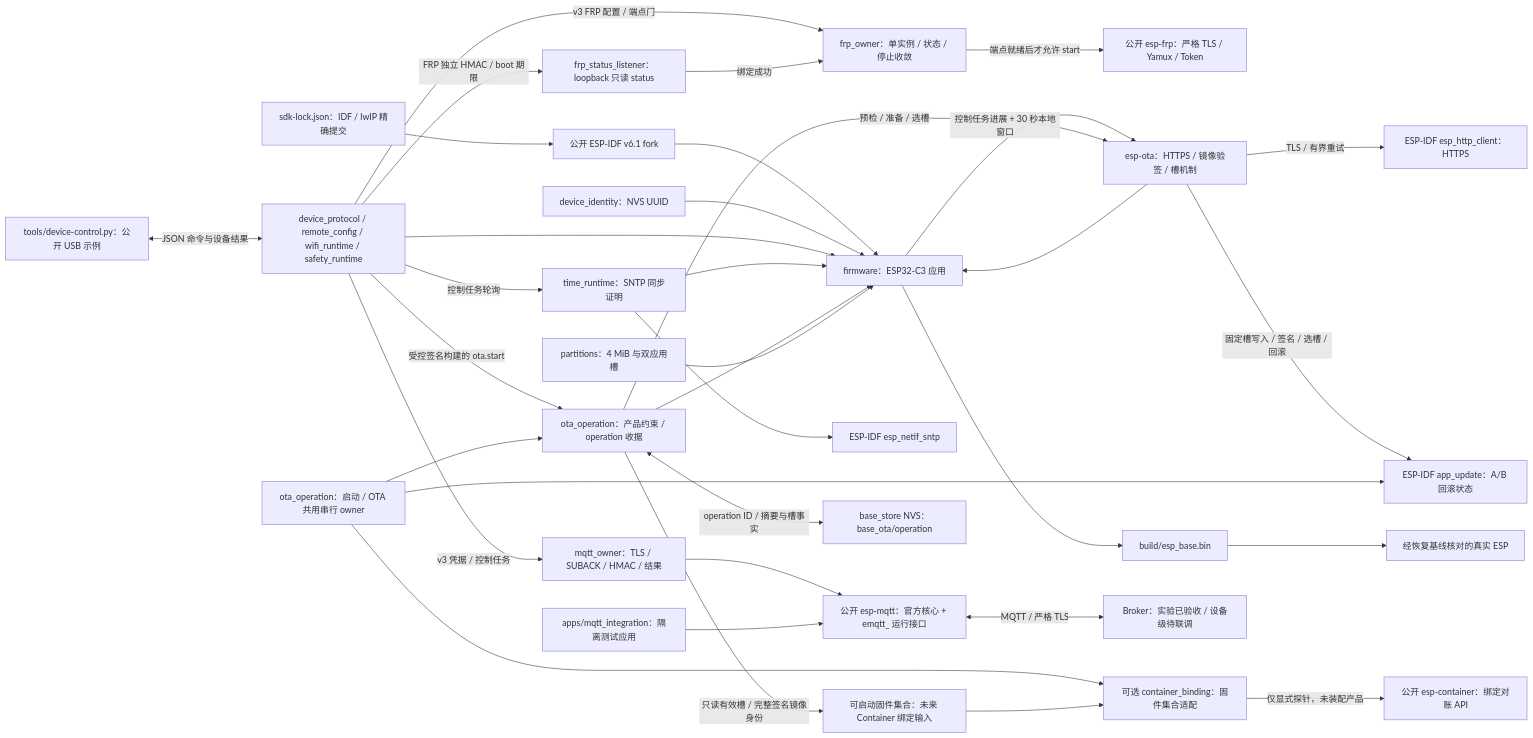
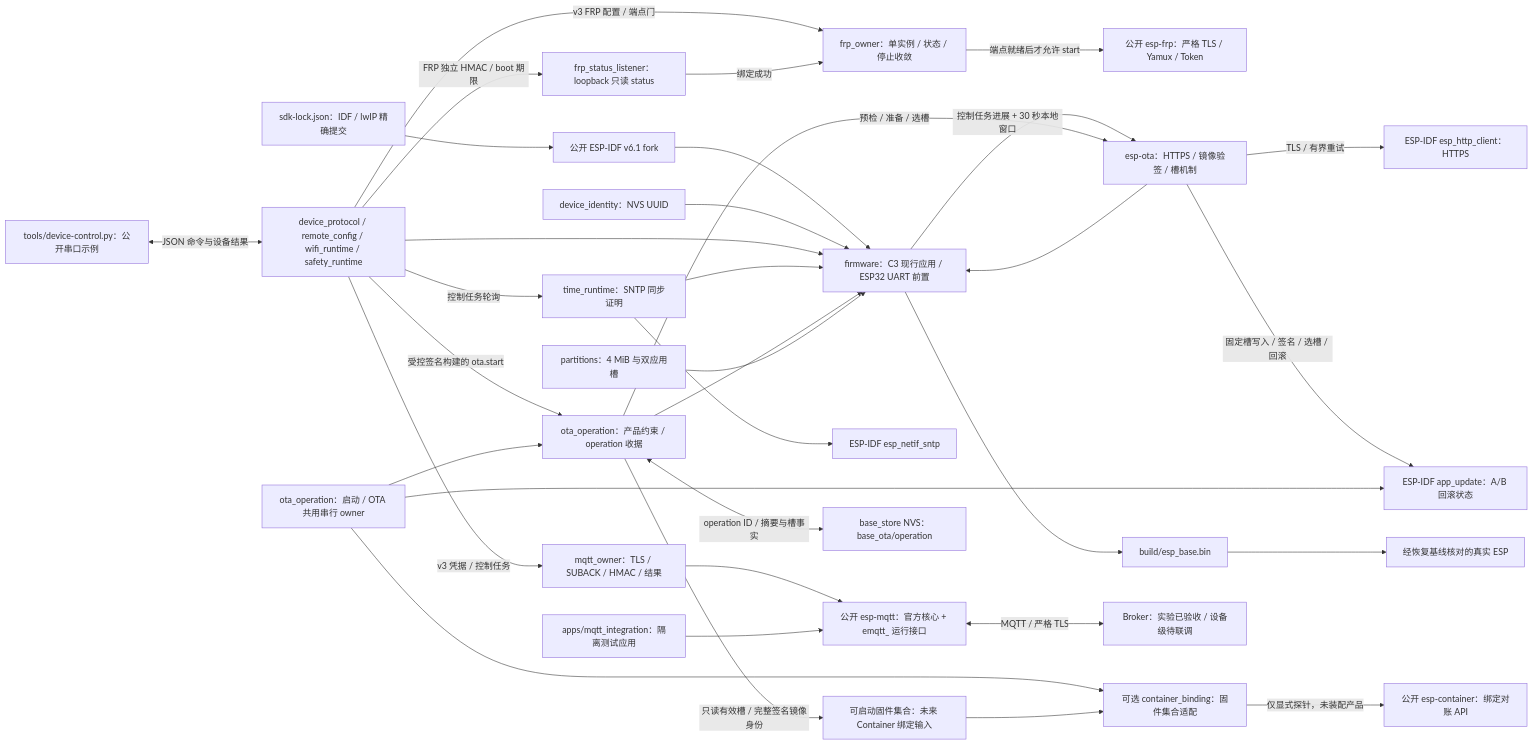
Before and after one commit to darren-you/esp-base: the diagram in README.md, drawn with Mermaid. The commit also changed other lines of this file and 18 other files, not shown here.

````diff
--- a/README.md
+++ b/README.md
@@ -7,36 +7,36 @@
 ```mermaid
 flowchart LR
     sdk_lock["sdk-lock.json：IDF / lwIP 精确提交"] --> sdk["公开 ESP-IDF v6.1 fork"]
-    sdk --> firmware["firmware：ESP32-C3 应用"]
+    sdk --> firmware["firmware：C3 现行应用 / ESP32 UART 前置"]
     identity["device_identity：NVS UUID"] --> firmware
     state["device_protocol / remote_config / wifi_runtime / safety_runtime"] --> firmware
     state -->|"v3 凭据 / 控制任务"| mqtt_owner["mqtt_owner：TLS / SUBACK / HMAC / 结果"]
     mqtt_owner --> mqtt
     state -->|"v3 FRP 配置 / 端点门"| frp_owner["frp_owner：单实例 / 状态 / 停止收敛"]
     state -->|"FRP 独立 HMAC / boot 期限"| frp_status["frp_status_listener：loopback 只读 status"]
     frp_status -->|"绑定成功"| frp_owner
     frp_owner -->|"端点就绪后才允许 start"| frp["公开 esp-frp：严格 TLS / Yamux / Token"]
     time["time_runtime：SNTP 同步证明"] --> firmware
     state -->|"控制任务轮询"| time
     time --> idf_time["ESP-IDF esp_netif_sntp"]
     ota["esp-ota：HTTPS / 镜像验签 / 槽机制"] --> firmware
     receipt["ota_operation：产品约束 / operation 收据"] --> firmware
     receipt -->|"只读有效槽 / 完整签名镜像身份"| image_set["可启动固件集合：未来 Container 绑定输入"]
     firmware -->|"控制任务进展 + 30 秒本地窗口"| ota
     state -->|"受控签名构建的 ota.start"| receipt
     receipt -->|"预检 / 准备 / 选槽"| ota
     ota -->|"TLS / 有界重试"| https["ESP-IDF esp_http_client：HTTPS"]
     ota -->|"固定槽写入 / 签名 / 选槽 / 回滚"| slot["ESP-IDF app_update：A/B 回滚状态"]
     receipt <-->|"operation ID / 摘要与槽事实"| nvs["base_store NVS：base_ota/operation"]
     owner["ota_operation：启动 / OTA 共用串行 owner"] --> receipt
     owner --> slot
     binding["可选 container_binding：固件集合适配"] -->|"仅显式探针，未装配产品"| container["公开 esp-container：绑定对账 API"]
     owner --> binding
     image_set --> binding
     layout["partitions：4 MiB 与双应用槽"] --> firmware
-    host["tools/device-control.py：公开 USB 示例"] <-->|"JSON 命令与设备结果"| state
+    host["tools/device-control.py：公开串口示例"] <-->|"JSON 命令与设备结果"| state
     firmware --> image["build/esp_base.bin"]
     lab["apps/mqtt_integration：隔离测试应用"] --> mqtt["公开 esp-mqtt：官方核心 + emqtt_ 运行接口"]
     mqtt <-->|"MQTT / 严格 TLS"| broker["Broker：实验已验收 / 设备级待联调"]
     image --> board["经恢复基线核对的真实 ESP"]
 ```
````
